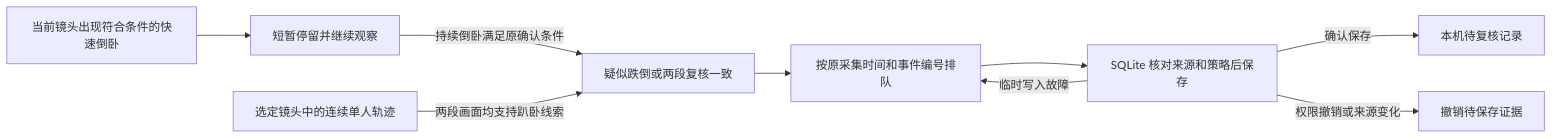
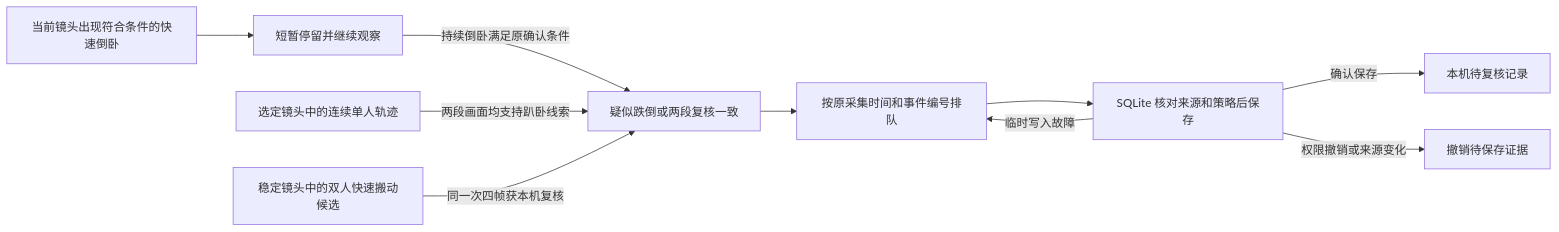
One commit to Geeprox/Friday changed the first of 3 diagrams in docs/architecture.md. Above: the diagram before and after it, drawn with Mermaid. The commit also changed other lines of this file and 14 other files, not shown here.

````diff
--- a/docs/architecture.md
+++ b/docs/architecture.md
@@ -38,11 +42,12 @@
 ```mermaid
 flowchart LR
   F[当前镜头出现符合条件的快速倒卧] --> H[短暂停留并继续观察]
   H -->|持续倒卧满足原确认条件| S
   P[选定镜头中的连续单人轨迹] -->|两段画面均支持趴卧线索| S
+  M[稳定镜头中的双人快速搬动候选] -->|同一次四帧获本机复核| S
   S[疑似跌倒或两段复核一致] --> Q[按原采集时间和事件编号排队]
   Q --> W[SQLite 核对来源和策略后保存]
   W -->|临时写入故障| Q
   W -->|确认保存| R[本机待复核记录]
   W -->|权限撤销或来源变化| D[撤销待保存证据]
 ```
````
